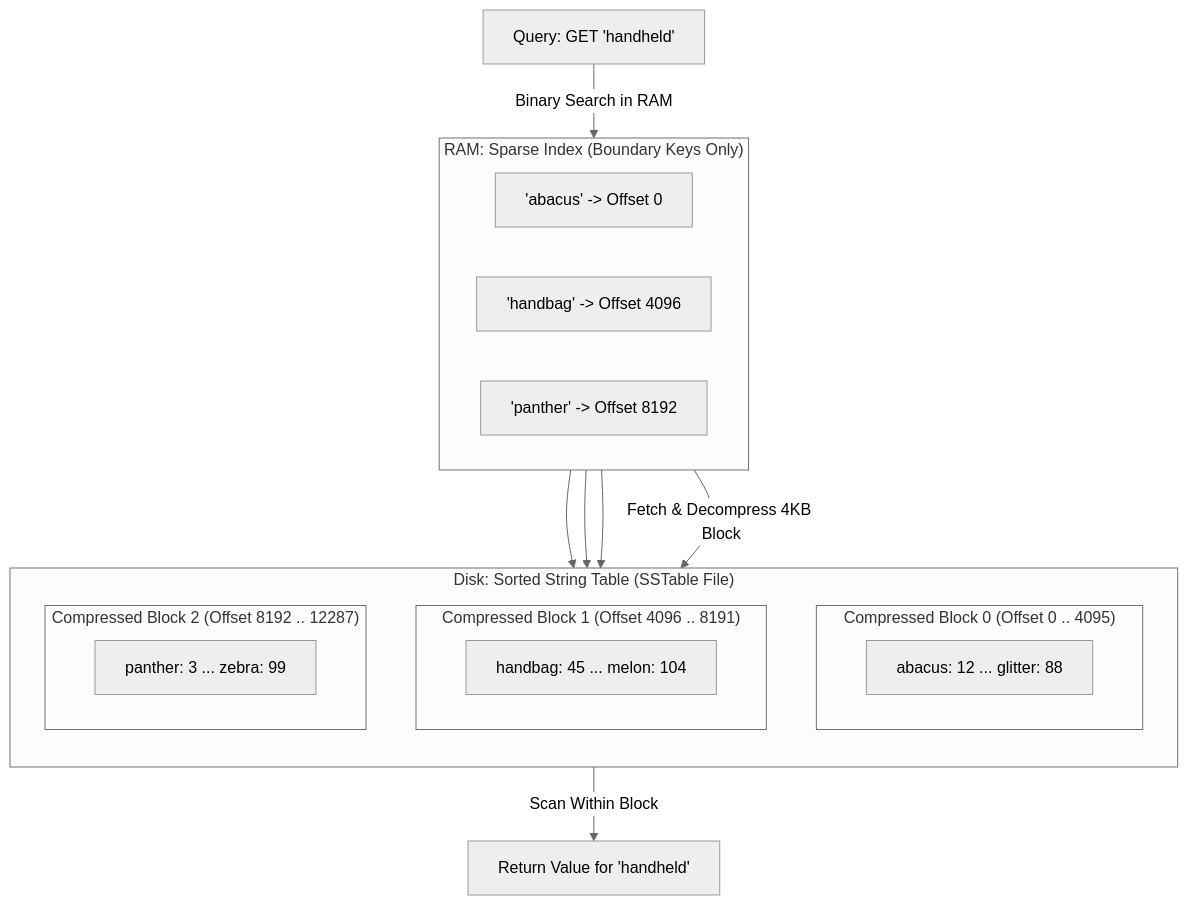
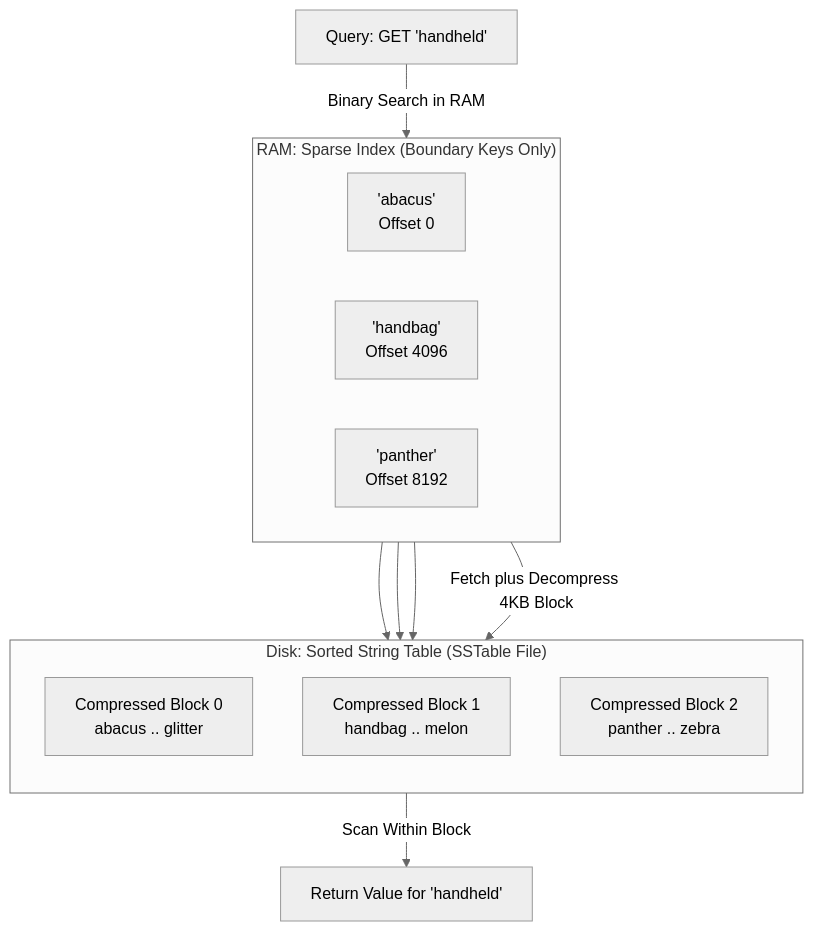
One commit to 1mimhe/books-summery changed the second of 12 diagrams in 01 Designing Data-Intensive Applications/chapter-04-storage-and-retrieval.md. Above: the diagram before and after it, drawn with Mermaid (neutral theme). The commit also changed other lines of this file and 1 other file, not shown here.

````diff
--- a/01 Designing Data-Intensive Applications/chapter-04-storage-and-retrieval.md
+++ b/01 Designing Data-Intensive Applications/chapter-04-storage-and-retrieval.md
@@ -312,30 +199,21 @@
 ```mermaid
 flowchart TD
   subgraph SG_SPARSE["RAM: Sparse Index (Boundary Keys Only)"]
     direction LR
-    IDX1["'abacus' -> Offset 0"]
-    IDX2["'handbag' -> Offset 4096"]
-    IDX3["'panther' -> Offset 8192"]
+    IDX1["'abacus'<br/>Offset 0"]
+    IDX2["'handbag'<br/>Offset 4096"]
+    IDX3["'panther'<br/>Offset 8192"]
   end
-
   subgraph SG_SST["Disk: Sorted String Table (SSTable File)"]
     direction TB
-    subgraph B1["Compressed Block 0 (Offset 0 .. 4095)"]
-      D1["abacus: 12 ... glitter: 88"]
-    end
-    subgraph B2["Compressed Block 1 (Offset 4096 .. 8191)"]
-      D2["handbag: 45 ... melon: 104"]
-    end
-    subgraph B3["Compressed Block 2 (Offset 8192 .. 12287)"]
-      D3["panther: 3 ... zebra: 99"]
-    end
+    B1["Compressed Block 0<br/>abacus .. glitter"]
+    B2["Compressed Block 1<br/>handbag .. melon"]
+    B3["Compressed Block 2<br/>panther .. zebra"]
   end
-
   IDX1 --> B1
   IDX2 --> B2
   IDX3 --> B3
-
   Q["Query: GET 'handheld'"] -->|"Binary Search in RAM"| IDX2
-  IDX2 -->|"Fetch & Decompress 4KB Block"| B2
+  IDX2 -->|"Fetch plus Decompress 4KB Block"| B2
   B2 -->|"Scan Within Block"| RES["Return Value for 'handheld'"]
 ```
````
